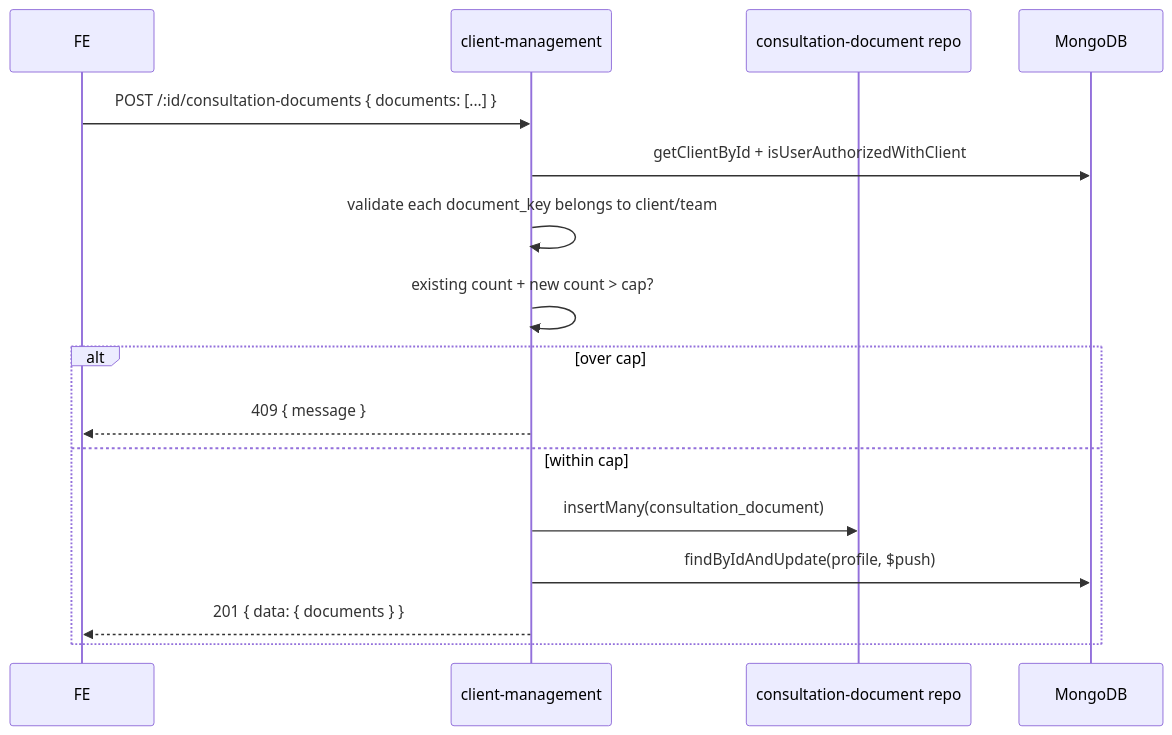
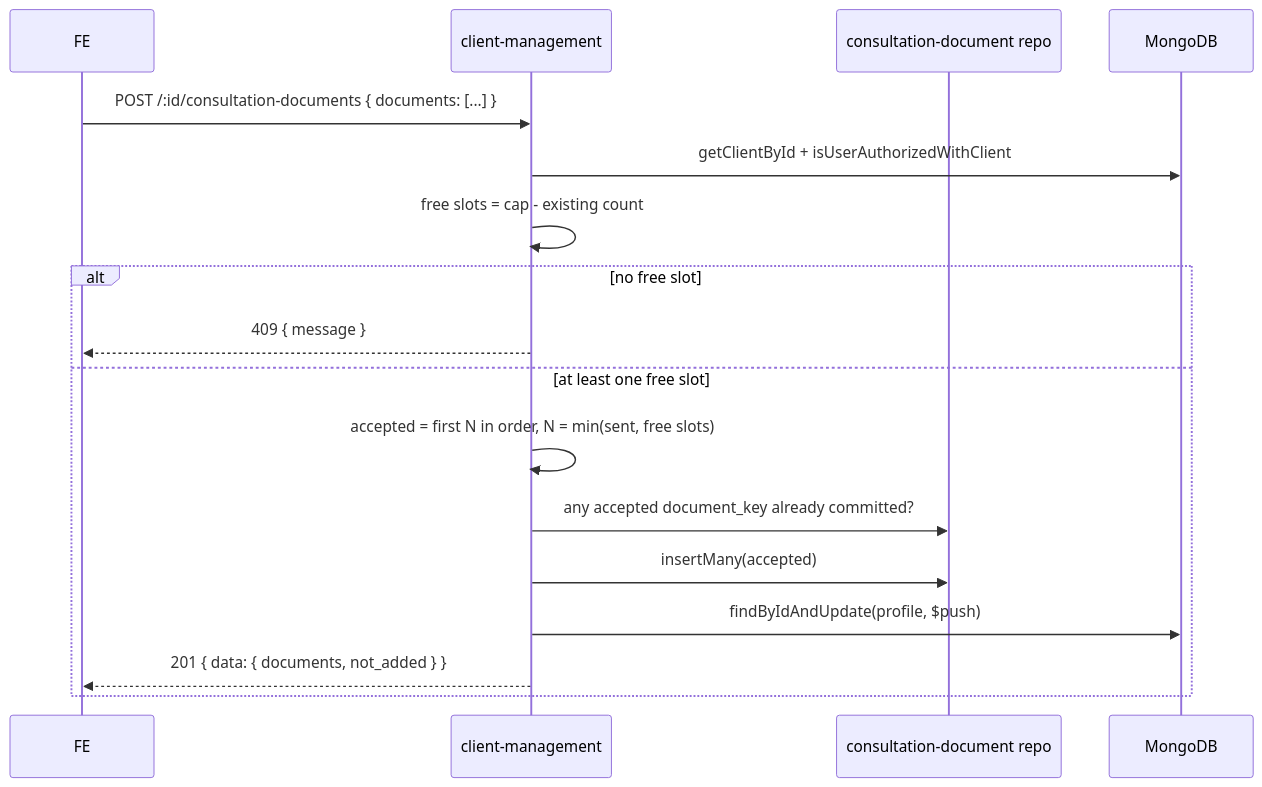
Before and after one commit to thucvo-everfit/ef-consultation-doc-diagrams: the diagram in d2-create-flow.mmd, drawn with Mermaid. The commit also changed 3 other files, not shown here.

Commit message:
Update create and delete flow diagrams: partial fill, document_key check, item-scoped delete

```diff
--- a/d2-create-flow.mmd
+++ b/d2-create-flow.mmd
@@ -1,17 +1,18 @@
 sequenceDiagram
     participant FE
     participant CM as client-management
     participant CD as consultation-document repo
     participant DB as MongoDB
 
     FE->>CM: POST /:id/consultation-documents { documents: [...] }
     CM->>DB: getClientById + isUserAuthorizedWithClient
-    CM->>CM: validate each document_key belongs to client/team
-    CM->>CM: existing count + new count > cap?
-    alt over cap
+    CM->>CM: free slots = cap - existing count
+    alt no free slot
         CM-->>FE: 409 { message }
-    else within cap
-        CM->>CD: insertMany(consultation_document)
+    else at least one free slot
+        CM->>CM: accepted = first N in order, N = min(sent, free slots)
+        CM->>CD: any accepted document_key already committed?
+        CM->>CD: insertMany(accepted)
         CM->>DB: findByIdAndUpdate(profile, $push)
-        CM-->>FE: 201 { data: { documents } }
+        CM-->>FE: 201 { data: { documents, not_added } }
     end
```
